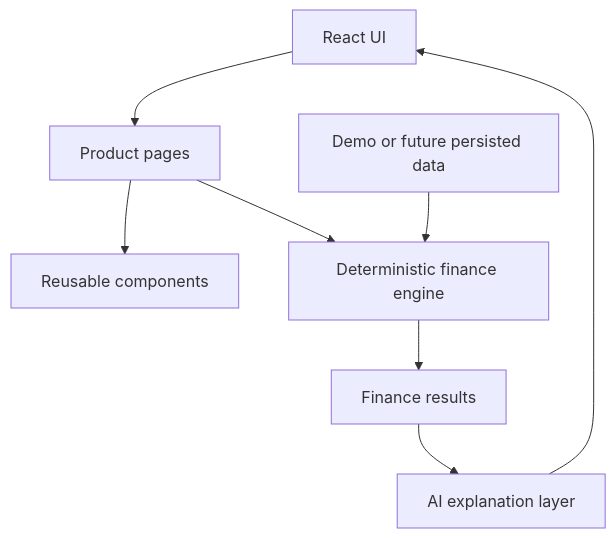
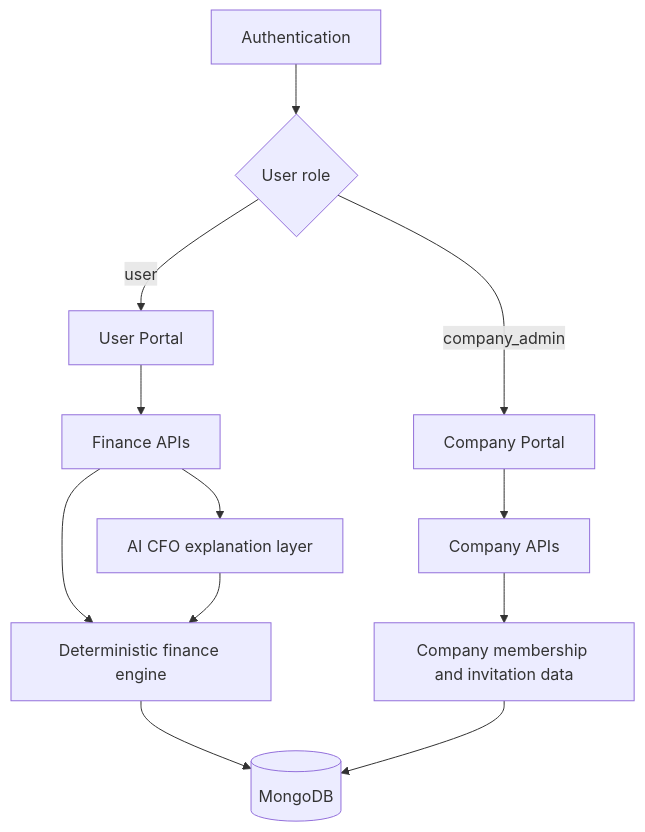
The first of 3 diagrams in ARCHITECTURE.md (Hulk-oss/Sample-app), drawn with Mermaid before and after one commit. The commit also changed other lines of this file, not shown here.

Commit message:
Document two-sided SaaS architecture

````diff
--- a/ARCHITECTURE.md
+++ b/ARCHITECTURE.md
@@ -5,10 +5,14 @@
 ```mermaid
 flowchart TB
- UI[React UI] --> P[Product pages]
- P --> C[Reusable components]
- P --> F[Deterministic finance engine]
- F --> R[Finance results]
- R --> AI[AI explanation layer]
- AI --> UI
- D[Demo or future persisted data] --> F
+ A[Authentication] --> R{User role}
+ R -->|user| U[User Portal]
+ R -->|company_admin| C[Company Portal]
+ U --> UF[Finance APIs]
+ UF --> F[Deterministic finance engine]
+ F --> DB[(MongoDB)]
+ C --> CF[Company APIs]
+ CF --> CM[Company membership and invitation data]
+ CM --> DB
+ UF --> AI[AI CFO explanation layer]
+ AI --> F
 ```
````
